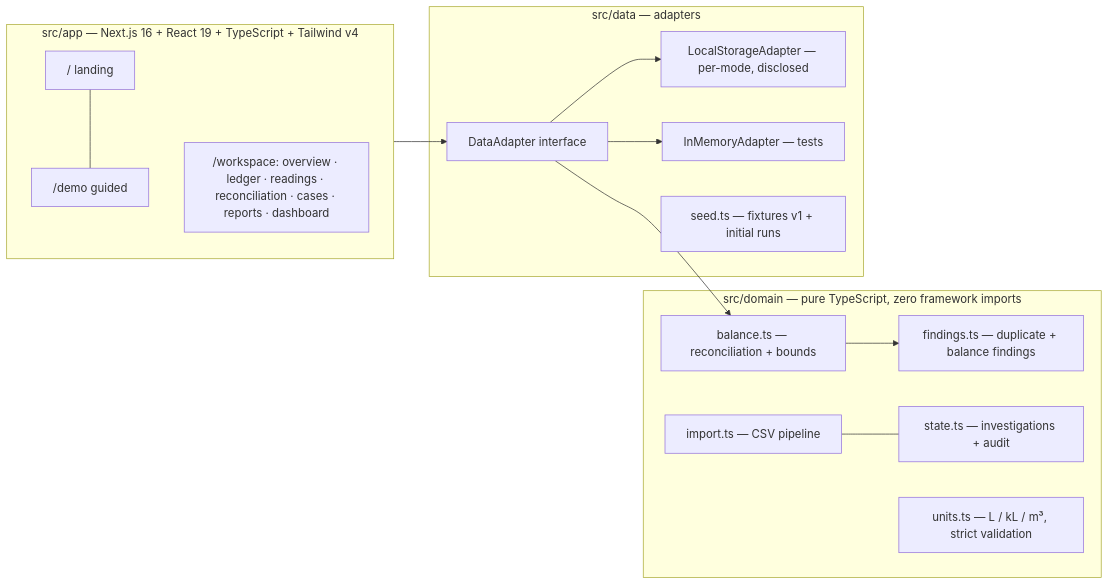
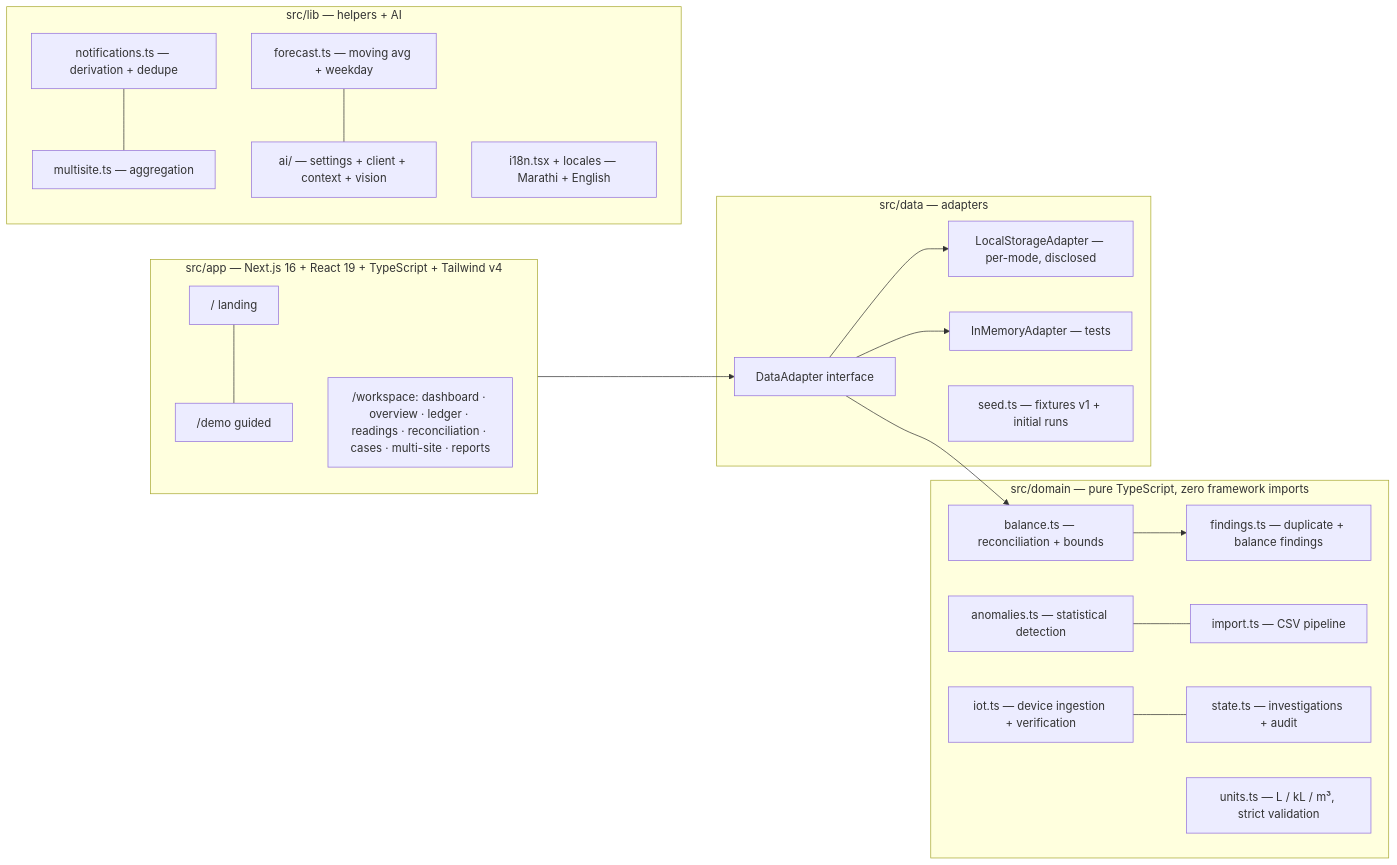
One commit to Avani376/jallekha changed the diagram in README.md. Above: the diagram before and after it, drawn with Mermaid. The commit also changed other lines of this file, not shown here.

Commit message:
docs: README reflects all 7 features, 97 tests, dashboard + IoT + AI + i18n

````diff
--- a/README.md
+++ b/README.md
@@ -233,19 +279,25 @@
 ```mermaid
 flowchart LR
   subgraph UI["src/app — Next.js 16 + React 19 + TypeScript + Tailwind v4"]
     L["/ landing"] --- D["/demo guided"]
-    W["/workspace: overview · ledger · readings · reconciliation · cases · reports · dashboard"]
+    W["/workspace: dashboard · overview · ledger · readings · reconciliation · cases · multi-site · reports"]
   end
   subgraph Domain["src/domain — pure TypeScript, zero framework imports"]
     B["balance.ts — reconciliation + bounds"] --> F["findings.ts — duplicate + balance findings"]
-    I["import.ts — CSV pipeline"] --- S["state.ts — investigations + audit"]
+    AN["anomalies.ts — statistical detection"] --- I["import.ts — CSV pipeline"]
+    IOT["iot.ts — device ingestion + verification"] --- S["state.ts — investigations + audit"]
     U["units.ts — L / kL / m³, strict validation"]
+  end
+  subgraph Lib["src/lib — helpers + AI"]
+    N["notifications.ts — derivation + dedupe"] --- MS["multisite.ts — aggregation"]
+    FC["forecast.ts — moving avg + weekday"] --- AIC["ai/ — settings + client + context + vision"]
+    I18N["i18n.tsx + locales — Marathi + English"]
   end
   subgraph Data["src/data — adapters"]
     A["DataAdapter interface"] --> LD["LocalStorageAdapter — per-mode, disclosed"]
     A --> IM["InMemoryAdapter — tests"]
     SEED["seed.ts — fixtures v1 + initial runs"]
   end
   UI --> A
   A --> B
 ```
````
